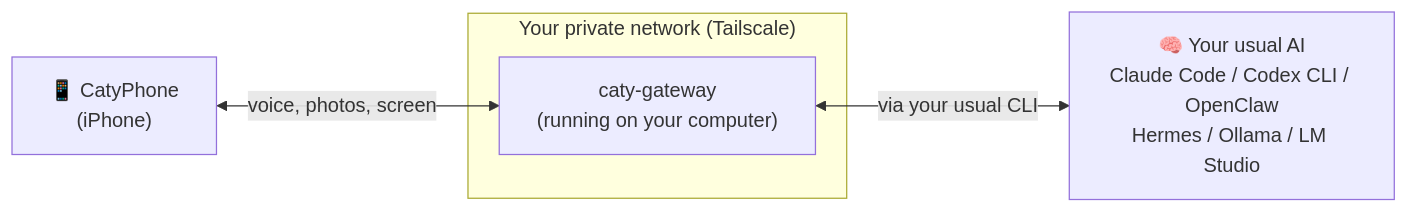
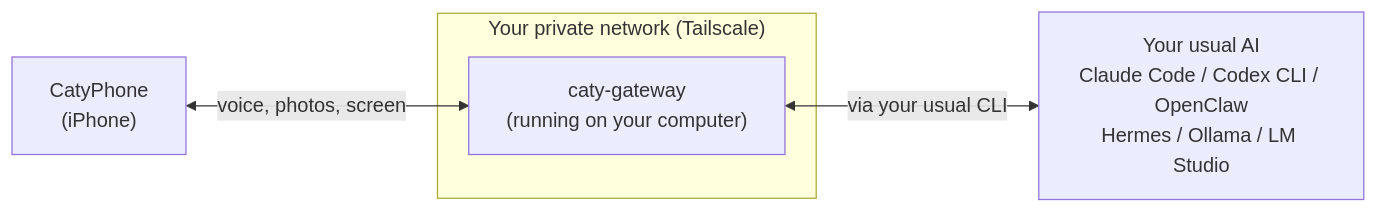
One commit to caty-ai/caty-gateway changed the diagram in README.md. Above: the diagram before and after it, drawn with Mermaid. The commit also changed other lines of this file and 8 other files, not shown here.

````diff
--- a/README.md
+++ b/README.md
@@ -52,10 +52,10 @@
 ```mermaid
 flowchart LR
-    phone["📱 CatyPhone<br/>(iPhone)"]
+    phone["CatyPhone<br/>(iPhone)"]
     subgraph tailnet["Your private network (Tailscale)"]
         gw["caty-gateway<br/>(running on your computer)"]
     end
-    ai["🧠 Your usual AI<br/>Claude Code / Codex CLI / OpenClaw<br/>Hermes / Ollama / LM Studio"]
+    ai["Your usual AI<br/>Claude Code / Codex CLI / OpenClaw<br/>Hermes / Ollama / LM Studio"]
     phone <-- "voice, photos, screen" --> gw
     gw <-- "via your usual CLI" --> ai
 ```
````
